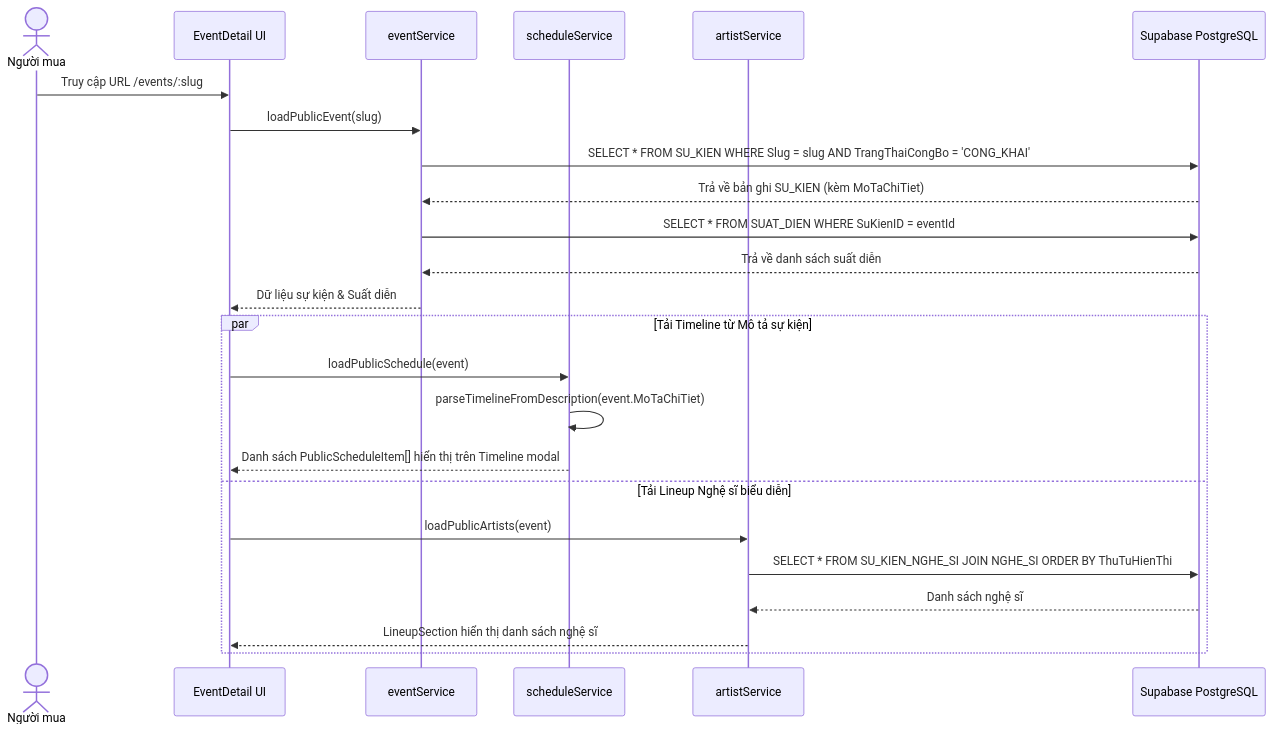
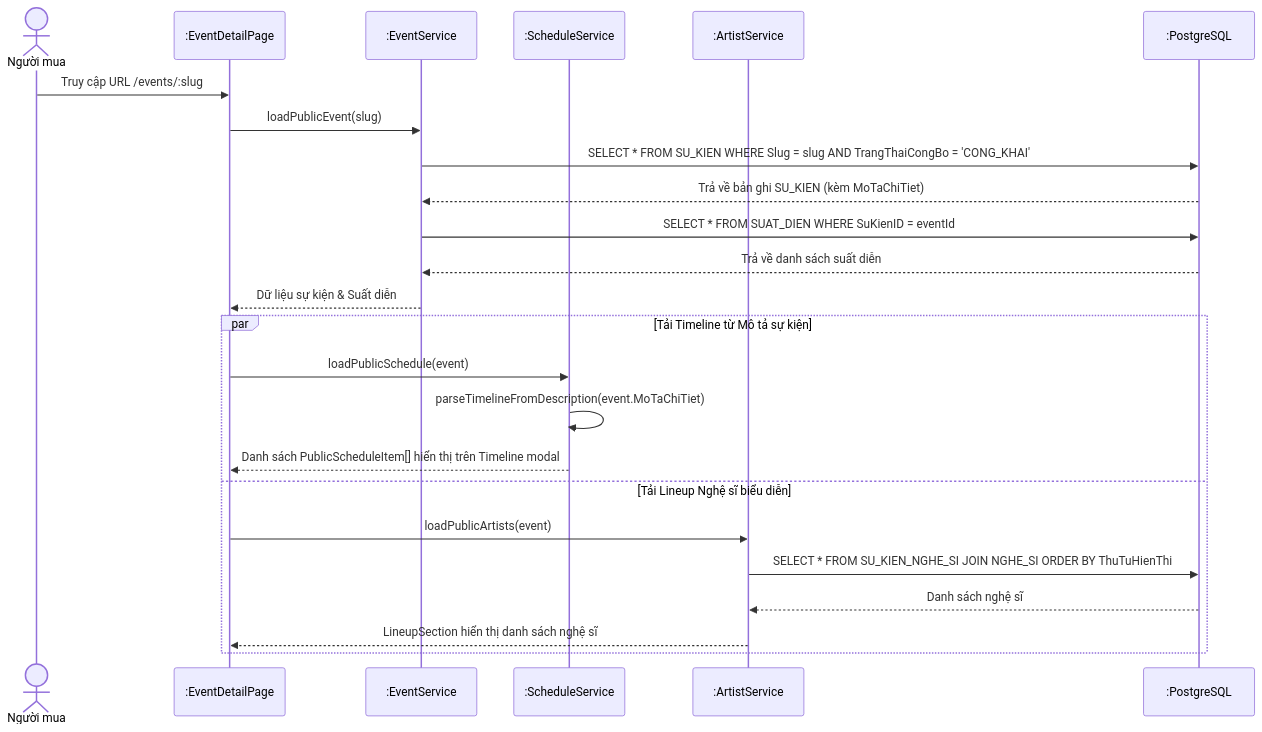
One commit to minhdc2011/EVENTTICKETING changed the tenth of 16 diagrams in docs/sprint1-deliverables/02_ANALYSIS_AND_SYSTEM_DESIGN.md. Above: the diagram before and after it, drawn with Mermaid. The commit also changed other lines of this file, not shown here.

Commit message:
docs: add colon prefix to object lifelines in sequence diagrams

````diff
--- a/docs/sprint1-deliverables/02_ANALYSIS_AND_SYSTEM_DESIGN.md
+++ b/docs/sprint1-deliverables/02_ANALYSIS_AND_SYSTEM_DESIGN.md
@@ -813,28 +815,28 @@
 ```mermaid
 sequenceDiagram
   actor U as Người mua
-  participant UI as EventDetail UI
-  participant ES as eventService
-  participant SS as scheduleService
-  participant AS as artistService
-  participant DB as Supabase PostgreSQL
+  participant UI as :EventDetailPage
+  participant ES as :EventService
+  participant SS as :ScheduleService
+  participant AS as :ArtistService
+  participant DB as :PostgreSQL
 
   U->>UI: Truy cập URL /events/:slug
   UI->>ES: loadPublicEvent(slug)
   ES->>DB: SELECT * FROM SU_KIEN WHERE Slug = slug AND TrangThaiCongBo = 'CONG_KHAI'
   DB-->>ES: Trả về bản ghi SU_KIEN (kèm MoTaChiTiet)
   ES->>DB: SELECT * FROM SUAT_DIEN WHERE SuKienID = eventId
   DB-->>ES: Trả về danh sách suất diễn
   ES-->>UI: Dữ liệu sự kiện & Suất diễn
 
   par Tải Timeline từ Mô tả sự kiện
     UI->>SS: loadPublicSchedule(event)
     SS->>SS: parseTimelineFromDescription(event.MoTaChiTiet)
     SS-->>UI: Danh sách PublicScheduleItem[] hiển thị trên Timeline modal
   and Tải Lineup Nghệ sĩ biểu diễn
     UI->>AS: loadPublicArtists(event)
     AS->>DB: SELECT * FROM SU_KIEN_NGHE_SI JOIN NGHE_SI ORDER BY ThuTuHienThi
     DB-->>AS: Danh sách nghệ sĩ
     AS-->>UI: LineupSection hiển thị danh sách nghệ sĩ
   end
 ```
````
